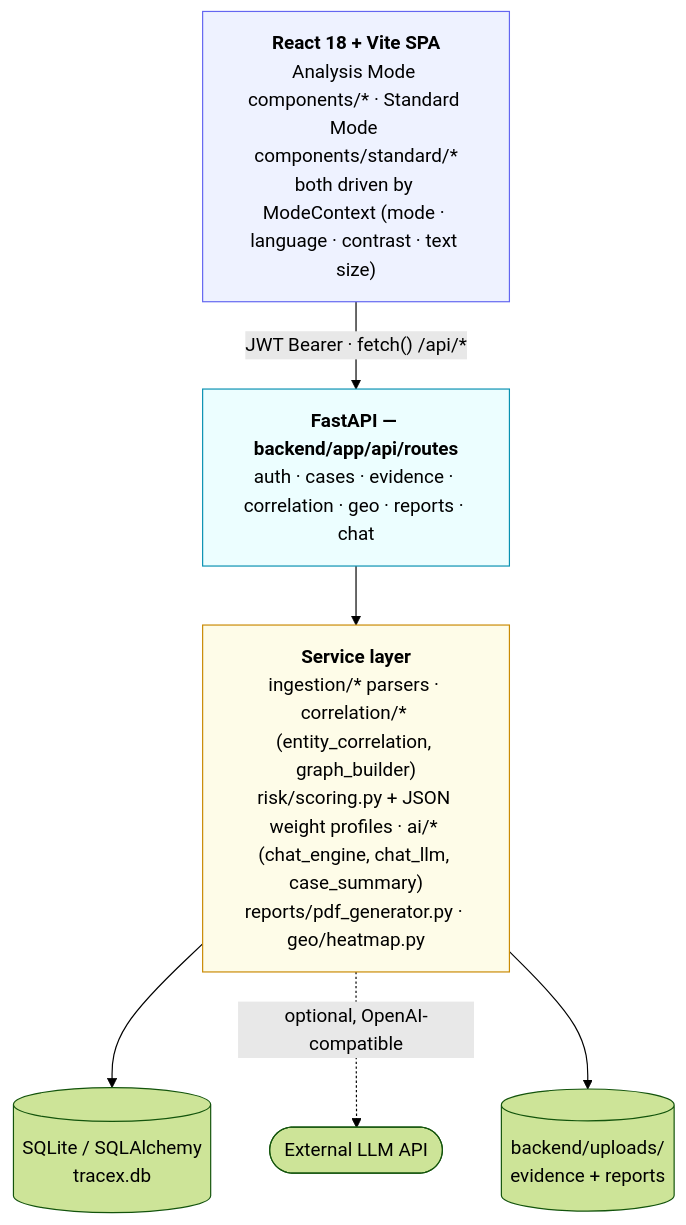
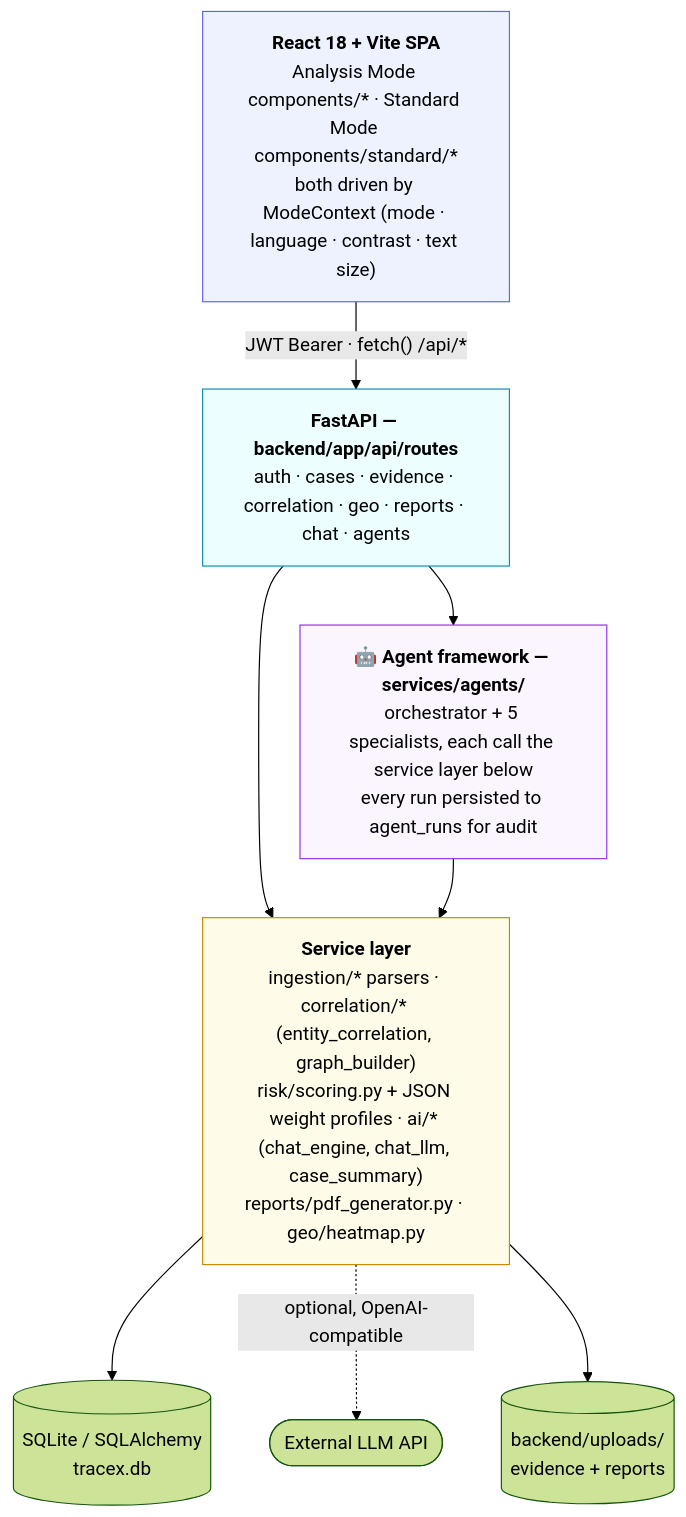
The third of 4 diagrams in README.md (Krishnaa-21/tracex), drawn with Mermaid (forest theme) before and after one commit. The commit also changed other lines of this file and 7 other files, not shown here.

````diff
--- a/README.md
+++ b/README.md
@@ -278,28 +510,36 @@
 ```mermaid
 flowchart TB
     Client["<b>React 18 + Vite SPA</b>
 Analysis Mode components/* · Standard Mode components/standard/*
 both driven by ModeContext (mode · language · contrast · text size)"]
 
     Client -- "JWT Bearer · fetch() /api/*" --> API
 
     API["<b>FastAPI — backend/app/api/routes</b>
-auth · cases · evidence · correlation · geo · reports · chat"]
+auth · cases · evidence · correlation · geo · reports · chat · agents"]
 
     API --> SVC
+    API --> AGENTS
+
+    AGENTS["<b>🤖 Agent framework — services/agents/</b>
+orchestrator + 5 specialists, each call the service layer below
+every run persisted to agent_runs for audit"]
+
+    AGENTS --> SVC
 
     SVC["<b>Service layer</b>
 ingestion/* parsers · correlation/* (entity_correlation, graph_builder)
 risk/scoring.py + JSON weight profiles · ai/* (chat_engine, chat_llm, case_summary)
 reports/pdf_generator.py · geo/heatmap.py"]
 
     SVC --> DB[("SQLite / SQLAlchemy
 tracex.db")]
     SVC -. "optional, OpenAI-compatible" .-> LLM(["External LLM API"])
     SVC --> FILES[("backend/uploads/
 evidence + reports")]
 
     style Client fill:#eef2ff,stroke:#6366f1
     style API fill:#ecfeff,stroke:#0891b2
+    style AGENTS fill:#faf5ff,stroke:#9333ea
     style SVC fill:#fefce8,stroke:#ca8a04
 ```
````
